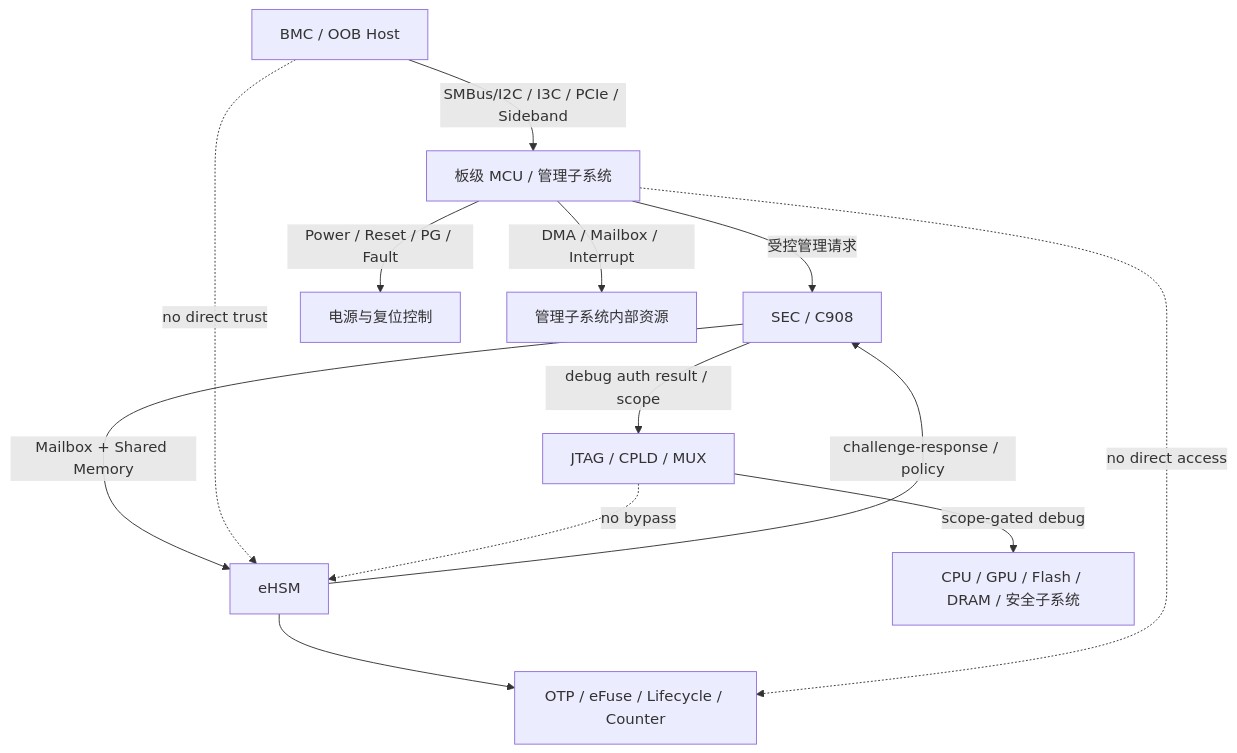
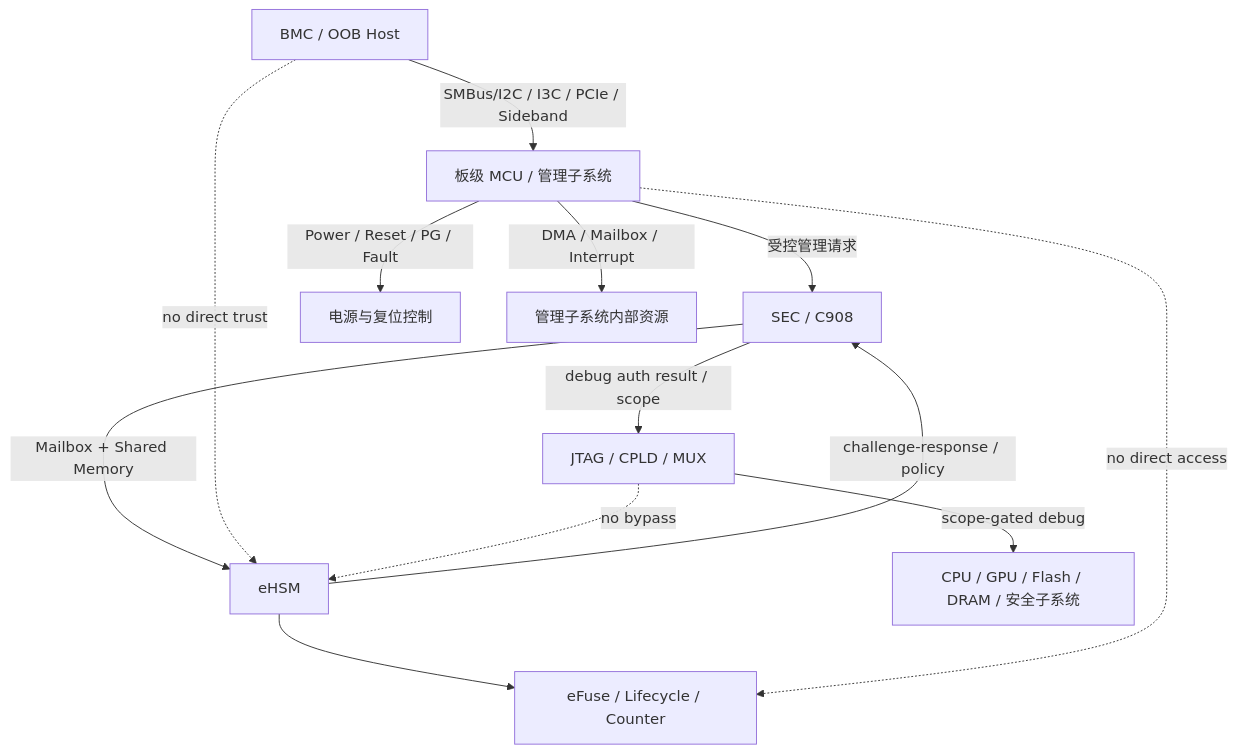
Diagram 18 of 29 in ngu800_security_solution_flow_with_gpt/security_workflow/03_detailed_design/10_full_design.md (DBW19931021/security_-scheme), drawn with Mermaid before and after one commit. The commit also changed other lines of this file and 28 other files, not shown here.

````diff
--- a/ngu800_security_solution_flow_with_gpt/security_workflow/03_detailed_design/10_full_design.md
+++ b/ngu800_security_solution_flow_with_gpt/security_workflow/03_detailed_design/10_full_design.md
@@ -2757,18 +2966,18 @@
 ```mermaid
 graph TD
     BMC[BMC / OOB Host] -->|SMBus/I2C / I3C / PCIe / Sideband| MCU[板级 MCU / 管理子系统]
     MCU -->|受控管理请求| SEC[SEC / C908]
     SEC -->|Mailbox + Shared Memory| EH[eHSM]
-    EH --> OTP[OTP / eFuse / Lifecycle / Counter]
+    EH --> eFuse[eFuse / Lifecycle / Counter]
 
     MCU -->|Power / Reset / PG / Fault| PWR[电源与复位控制]
     MCU -->|DMA / Mailbox / Interrupt| MGMT[管理子系统内部资源]
 
     JTAG[JTAG / CPLD / MUX] -->|scope-gated debug| DBG[CPU / GPU / Flash / DRAM / 安全子系统]
     SEC -->|debug auth result / scope| JTAG
     EH -->|challenge-response / policy| SEC
 
     BMC -. no direct trust .-> EH
-    MCU -. no direct access .-> OTP
+    MCU -. no direct access .-> eFuse
     JTAG -. no bypass .-> EH
 ```
````
